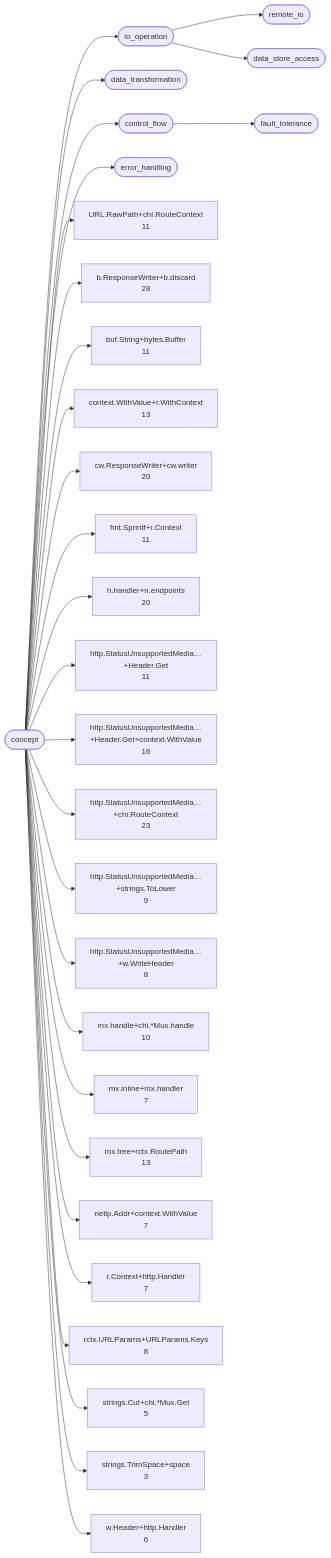
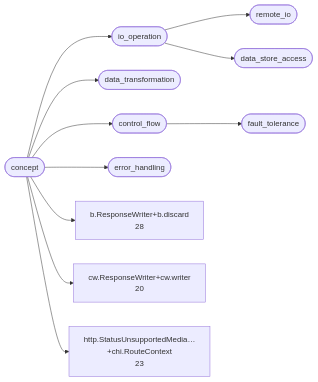
Before and after one commit to LukasSelin/doppel: the second of 8 diagrams in examples/chi.md, drawn with Mermaid. The commit also changed other lines of this file and 14 other files, not shown here.

````diff
--- a/examples/chi.md
+++ b/examples/chi.md
@@ -56,60 +111,24 @@
 ```mermaid
 flowchart LR
     c0(["concept"])
     c1(["io_operation"])
     c2(["remote_io"])
     c3(["data_store_access"])
     c4(["data_transformation"])
     c5(["control_flow"])
     c6(["fault_tolerance"])
     c7(["error_handling"])
-    c8["URL.RawPath+chi.RouteContext<br/>11"]
-    c9["b.ResponseWriter+b.discard<br/>28"]
-    c10["buf.String+bytes.Buffer<br/>11"]
-    c11["context.WithValue+r.WithContext<br/>13"]
-    c12["cw.ResponseWriter+cw.writer<br/>20"]
-    c13["fmt.Sprintf+r.Context<br/>11"]
-    c14["h.handler+n.endpoints<br/>20"]
-    c15["http.StatusUnsupportedMedia…+Header.Get<br/>11"]
-    c16["http.StatusUnsupportedMedia…+Header.Get+context.WithValue<br/>16"]
-    c17["http.StatusUnsupportedMedia…+chi.RouteContext<br/>23"]
-    c18["http.StatusUnsupportedMedia…+strings.ToLower<br/>9"]
-    c19["http.StatusUnsupportedMedia…+w.WriteHeader<br/>8"]
-    c20["mx.handle+chi.*Mux.handle<br/>10"]
-    c21["mx.inline+mx.handler<br/>7"]
-    c22["mx.tree+rctx.RoutePath<br/>13"]
-    c23["netip.Addr+context.WithValue<br/>7"]
-    c24["r.Context+http.Handler<br/>7"]
-    c25["rctx.URLParams+URLParams.Keys<br/>8"]
-    c26["strings.Cut+chi.*Mux.Get<br/>5"]
-    c27["strings.TrimSpace+space<br/>3"]
-    c28["w.Header+http.Handler<br/>6"]
+    c8["b.ResponseWriter+b.discard<br/>28"]
+    c9["cw.ResponseWriter+cw.writer<br/>20"]
+    c10["http.StatusUnsupportedMedia…+chi.RouteContext<br/>23"]
     c0 --> c1
     c1 --> c2
     c1 --> c3
     c0 --> c4
     c0 --> c5
     c5 --> c6
     c0 --> c7
     c0 --> c8
     c0 --> c9
     c0 --> c10
-    c0 --> c11
-    c0 --> c12
-    c0 --> c13
-    c0 --> c14
-    c0 --> c15
-    c0 --> c16
-    c0 --> c17
-    c0 --> c18
-    c0 --> c19
-    c0 --> c20
-    c0 --> c21
-    c0 --> c22
-    c0 --> c23
-    c0 --> c24
-    c0 --> c25
-    c0 --> c26
-    c0 --> c27
-    c0 --> c28
 ```
````
